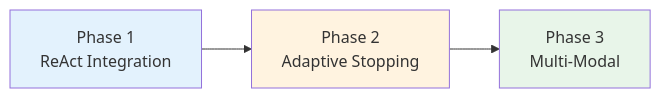
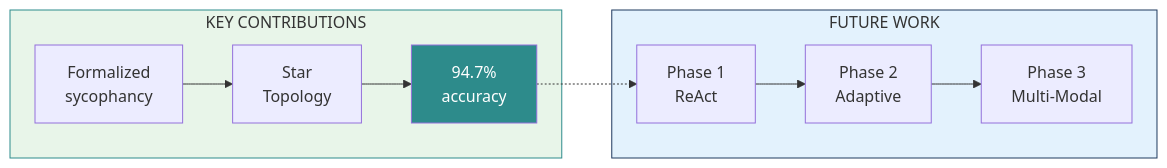
One commit to mikenk2010/COSC3009-Intelligent-Decision-Making-Advanced-IDM-Algorithm-Design changed diagram 18 of 19 in PRESENTATION_OUTLINE.md. Above: the diagram before and after it, drawn with Mermaid. The commit also changed other lines of this file, not shown here.

````diff
--- a/PRESENTATION_OUTLINE.md
+++ b/PRESENTATION_OUTLINE.md
@@ -861,12 +1060,21 @@
 ```mermaid
 flowchart LR
-    P1["Phase 1<br/>ReAct Integration"]
-    P2["Phase 2<br/>Adaptive Stopping"]
-    P3["Phase 3<br/>Multi-Modal"]
+    subgraph Contributions["KEY CONTRIBUTIONS"]
+        C1["Formalized<br/>sycophancy"]
+        C2["Star<br/>Topology"]
+        C3["94.7%<br/>accuracy"]
+    end
 
-    P1 --> P2 --> P3
+    subgraph Future["FUTURE WORK"]
+        F1["Phase 1<br/>ReAct"]
+        F2["Phase 2<br/>Adaptive"]
+        F3["Phase 3<br/>Multi-Modal"]
+    end
 
-    style P1 fill:#e3f2fd
-    style P2 fill:#fff3e0
-    style P3 fill:#e8f5e9
+    C1 --> C2 --> C3
+    C3 -.-> F1 --> F2 --> F3
+
+    style Contributions fill:#e8f5e9,stroke:#2d8b8b
+    style Future fill:#e3f2fd,stroke:#1e3a5f
+    style C3 fill:#2d8b8b,color:#fff
 ```
````
